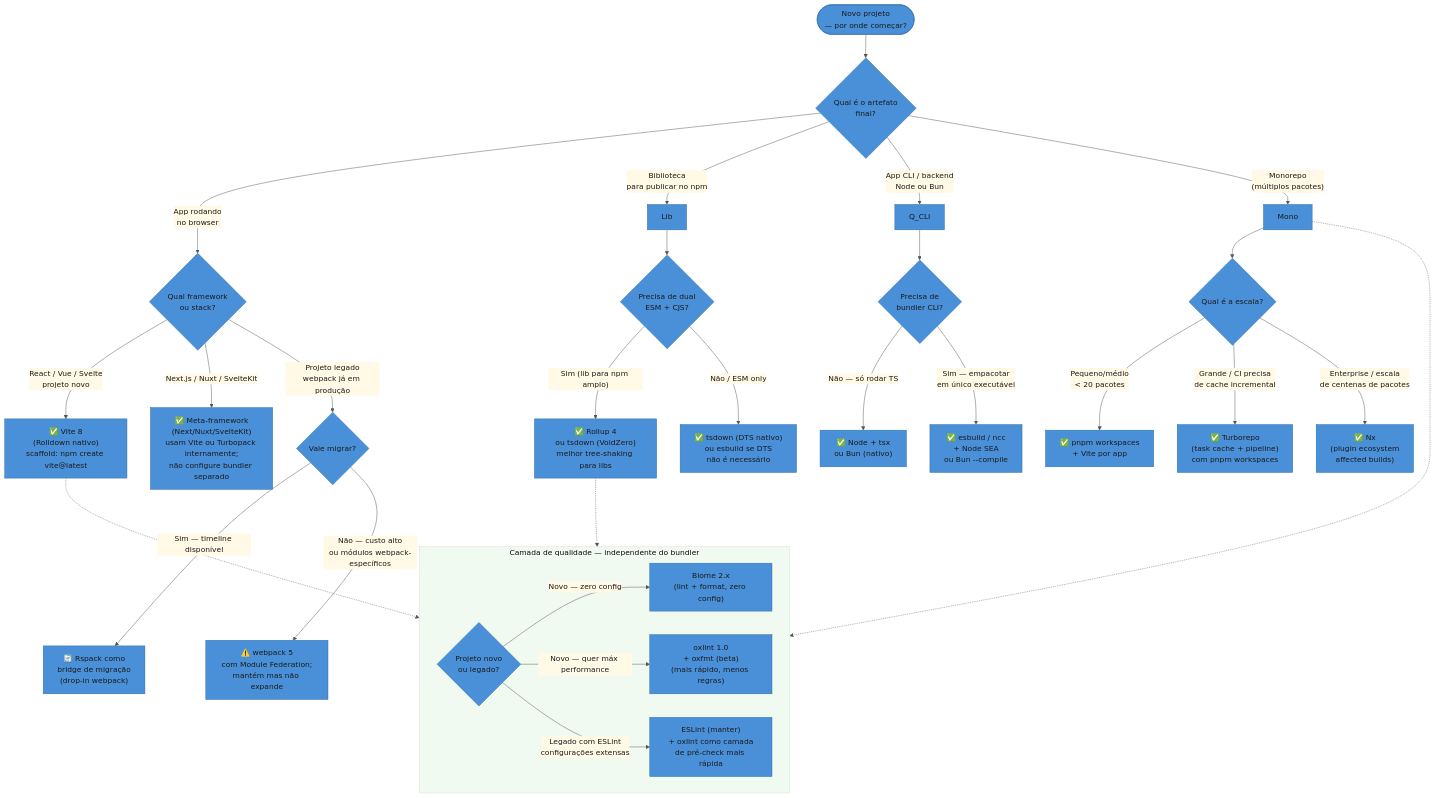
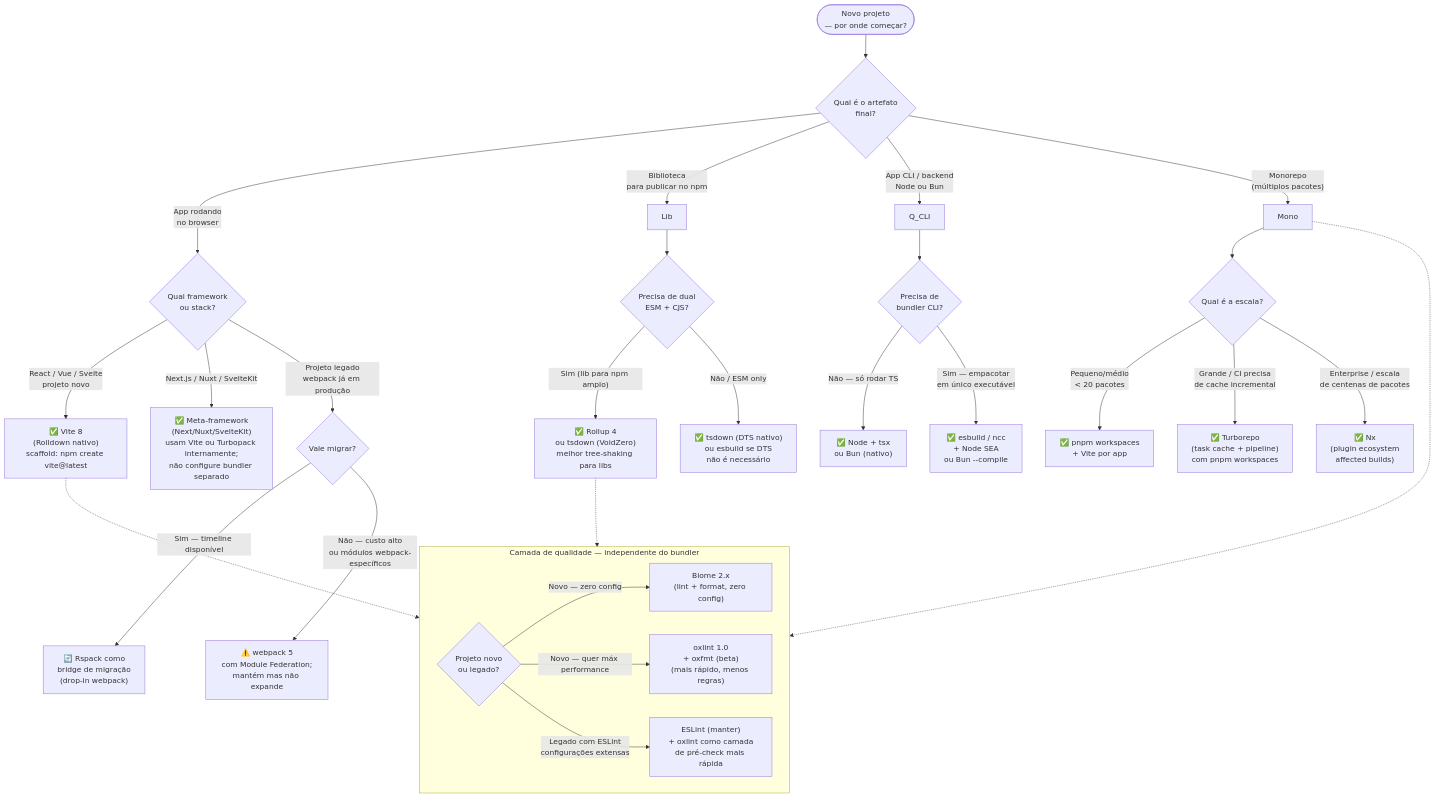
The first of 4 diagrams in 03-Dominios/Tecnologia/Tooling e Build/26 - Decision tree, futuro e entrevista.md (josenaldo/codex-technomanticus), drawn with Mermaid before and after one commit. The commit also changed other lines of this file and 1181 other files, not shown here.

First line of the commit message:
fix(diagramas): paleta do sistema no lugar de cor cravada no markdown

````diff
--- a/03-Dominios/Tecnologia/Tooling e Build/26 - Decision tree, futuro e entrevista.md
+++ b/03-Dominios/Tecnologia/Tooling e Build/26 - Decision tree, futuro e entrevista.md
@@ -43,43 +43,42 @@
 ```mermaid
-%%{init: {"theme": "base", "themeVariables": {"primaryColor": "#4A90D9", "primaryTextColor": "#1a1a1a", "primaryBorderColor": "#2E6DA4", "lineColor": "#555", "secondaryColor": "#FFF9E6", "tertiaryColor": "#F0FAF0"}}}%%
 flowchart TD
     Start(["Novo projeto\n— por onde começar?"])
 
     Start --> Q1{"Qual é o artefato\nfinal?"}
 
     Q1 -->|"App rodando\nno browser"| Q2{"Qual framework\nou stack?"}
     Q1 -->|"Biblioteca\npara publicar no npm"| Lib
     Q1 -->|"App CLI / backend\nNode ou Bun"| Q_CLI
     Q1 -->|"Monorepo\n(múltiplos pacotes)"| Mono
 
     Q2 -->|"React / Vue / Svelte\nprojeto novo"| Vite["✅ Vite 8\n(Rolldown nativo)\nscaffold: npm create vite@latest"]
     Q2 -->|"Next.js / Nuxt / SvelteKit"| Meta["✅ Meta-framework\n(Next/Nuxt/SvelteKit)\nusam Vite ou Turbopack internamente;\nnão configure bundler separado"]
     Q2 -->|"Projeto legado\nwebpack já em produção"| LegacyApp{"Vale migrar?"}
     LegacyApp -->|"Sim — timeline disponível"| Rspack["🔄 Rspack como\nbridge de migração\n(drop-in webpack)"]
     LegacyApp -->|"Não — custo alto\nou módulos webpack-específicos"| Webpack["⚠️ webpack 5\ncom Module Federation;\nmantém mas não expande"]
 
     Lib --> Q_Lib{"Precisa de dual\nESM + CJS?"}
     Q_Lib -->|"Sim (lib para npm amplo)"| Rollup["✅ Rollup 4\nou tsdown (VoidZero)\nmelhor tree-shaking para libs"]
     Q_Lib -->|"Não / ESM only"| EsbuildLib["✅ tsdown (DTS nativo)\nou esbuild se DTS\nnão é necessário"]
 
     Q_CLI --> Q_CLItype{"Precisa de\nbundler CLI?"}
     Q_CLItype -->|"Não — só rodar TS"| Runtime["✅ Node + tsx\nou Bun (nativo)"]
     Q_CLItype -->|"Sim — empacotar\nem único executável"| SEA["✅ esbuild / ncc\n+ Node SEA\nou Bun --compile"]
 
     Mono --> Q_Mono{"Qual é a escala?"}
     Q_Mono -->|"Pequeno/médio\n< 20 pacotes"| PnpmWork["✅ pnpm workspaces\n+ Vite por app"]
     Q_Mono -->|"Grande / CI precisa\nde cache incremental"| Turbo["✅ Turborepo\n(task cache + pipeline)\ncom pnpm workspaces"]
     Q_Mono -->|"Enterprise / escala\nde centenas de pacotes"| Nx["✅ Nx\n(plugin ecosystem\naffected builds)"]
 
     subgraph Qualidade["Camada de qualidade — independente do bundler"]
         direction LR
         Q_Lint{"Projeto novo\nou legado?"}
         Q_Lint -->|"Novo — zero config"| Biome2["Biome 2.x\n(lint + format, zero config)"]
         Q_Lint -->|"Novo — quer máx performance"| Oxlint1["oxlint 1.0\n+ oxfmt (beta)\n(mais rápido, menos regras)"]
         Q_Lint -->|"Legado com ESLint\nconfigurações extensas"| ESLintHybrid["ESLint (manter)\n+ oxlint como camada\nde pré-check mais rápida"]
     end
 
     Vite -.-> Qualidade
     Rollup -.-> Qualidade
     Mono -.-> Qualidade
 ```
````
